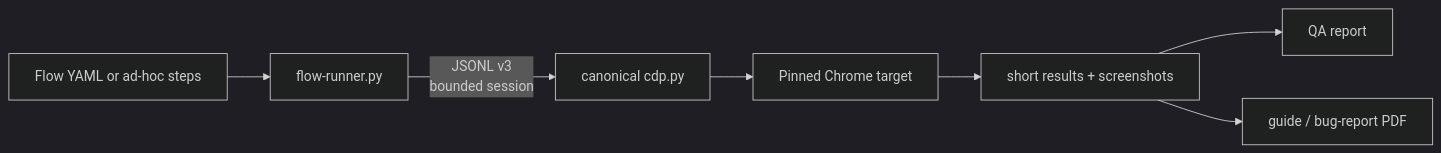
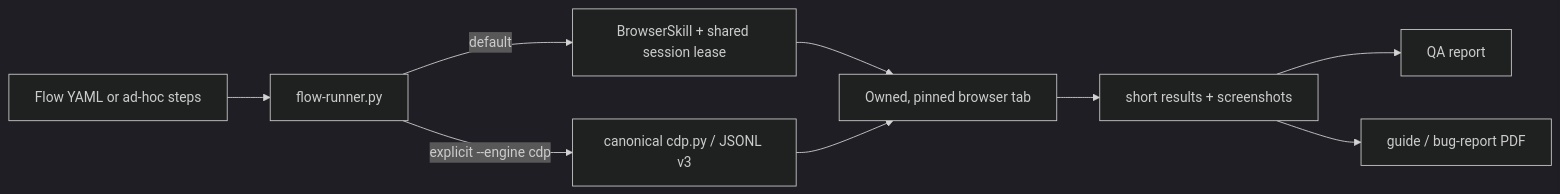
One commit to Teibto/teibto-browser-qa changed the diagram in README.md. Above: the diagram before and after it, drawn with Mermaid (dark theme). The commit also changed other lines of this file and 5 other files, not shown here.

Commit message:
fix(docs): align QA routing with BrowserSkill default (#130)

````diff
--- a/README.md
+++ b/README.md
@@ -33,9 +33,11 @@
 ```mermaid
 flowchart LR
     spec["Flow YAML or ad-hoc steps"] --> runner["flow-runner.py"]
-    runner -->|"JSONL v3<br/>bounded session"| cdp["canonical cdp.py"]
-    cdp --> chrome["Pinned Chrome target"]
+    runner -->|"default"| bsk["BrowserSkill + shared session lease"]
+    runner -->|"explicit --engine cdp"| cdp["canonical cdp.py / JSONL v3"]
+    bsk --> chrome["Owned, pinned browser tab"]
+    cdp --> chrome
     chrome --> evidence["short results + screenshots"]
     evidence --> report["QA report"]
     evidence --> docs["guide / bug-report PDF"]
 ```
````
